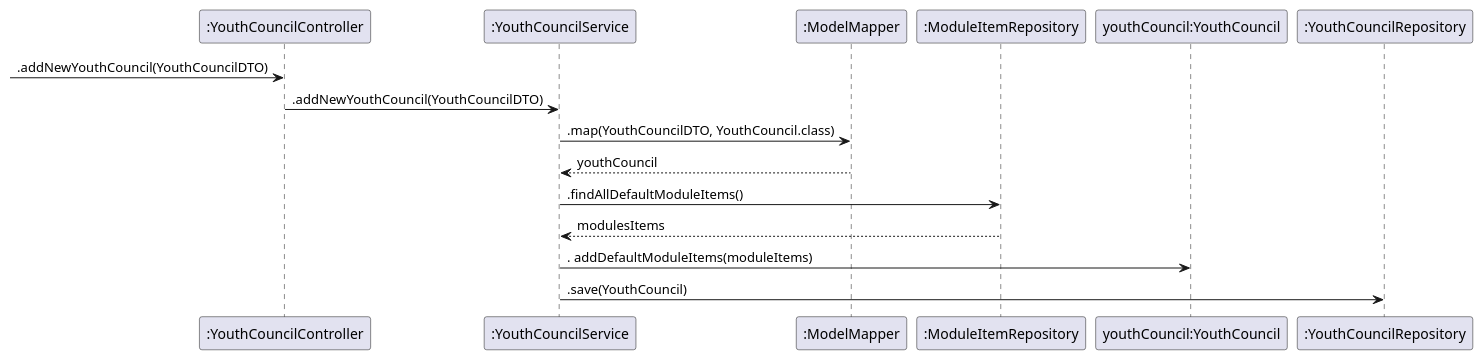
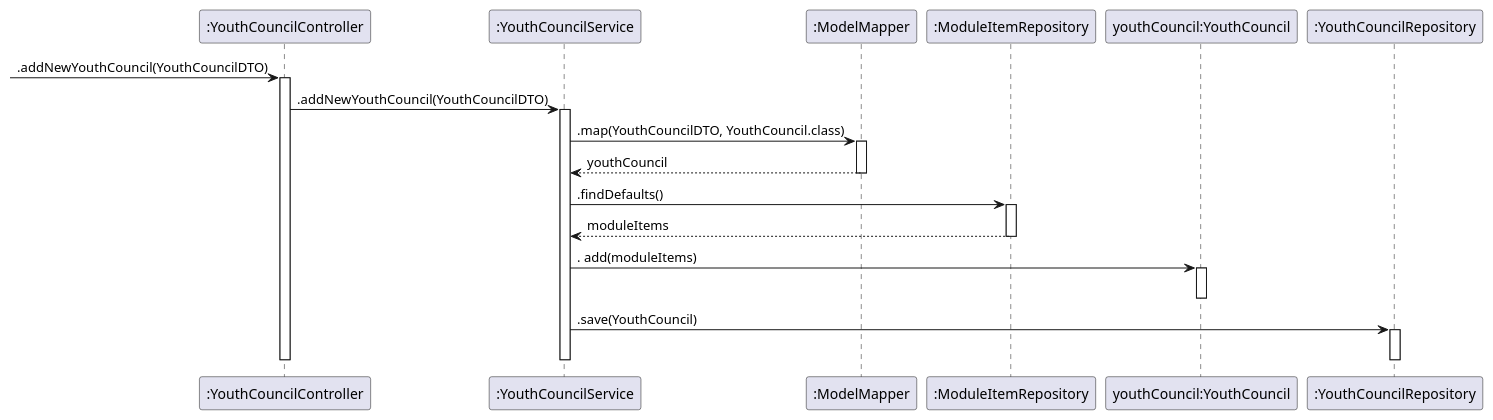
Before and after one commit to MocanuPaulC/youthcouncil: the diagram in design/sequence-diagram-usr-str-26.puml, drawn with PlantUML. The commit also changed 12 other files, not shown here.

Commit message:
Paul/new sequence diagrams

```diff
--- a/design/sequence-diagram-usr-str-26.puml
+++ b/design/sequence-diagram-usr-str-26.puml
@@ -1,20 +1,32 @@
 @startuml
 
 participant ":YouthCouncilController" as YouthCouncilController
 participant ":YouthCouncilService" as YouthCouncilService
 participant ":ModelMapper" as ModelMapper
 participant ":ModuleItemRepository" as ModuleItemRepository
 participant "youthCouncil:YouthCouncil" as youthCouncil
 participant ":YouthCouncilRepository" as YouthCouncilRepository
 
 ->YouthCouncilController : .addNewYouthCouncil(YouthCouncilDTO)
+activate YouthCouncilController
 YouthCouncilController->YouthCouncilService : .addNewYouthCouncil(YouthCouncilDTO)
+activate YouthCouncilService
 YouthCouncilService->ModelMapper : .map(YouthCouncilDTO, YouthCouncil.class)
+Activate ModelMapper
 YouthCouncilService<--ModelMapper : youthCouncil
-YouthCouncilService-> ModuleItemRepository : .findAllDefaultModuleItems()
-YouthCouncilService<--ModuleItemRepository : modulesItems
-YouthCouncilService-> youthCouncil: . addDefaultModuleItems(moduleItems)
+deactivate ModelMapper
+YouthCouncilService-> ModuleItemRepository : .findDefaults()
+activate ModuleItemRepository
+YouthCouncilService<--ModuleItemRepository : moduleItems
+deactivate ModuleItemRepository
+YouthCouncilService-> youthCouncil: . add(moduleItems)
+activate youthCouncil
+deactivate youthCouncil
 YouthCouncilService->YouthCouncilRepository : .save(YouthCouncil)
+activate YouthCouncilRepository
+deactivate YouthCouncilRepository
+deactivate YouthCouncilService
+deactivate YouthCouncilController
 
 
 @enduml
```
